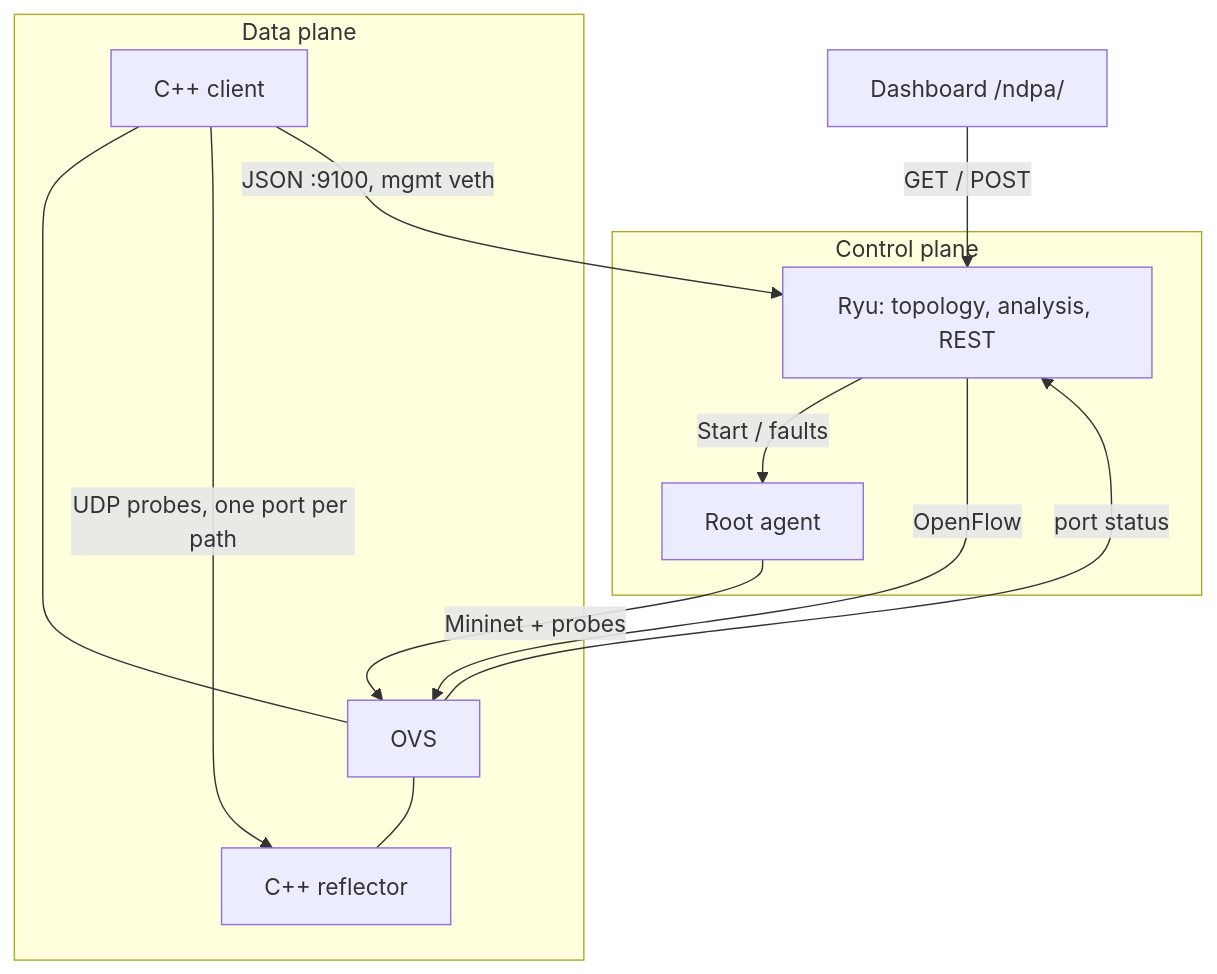
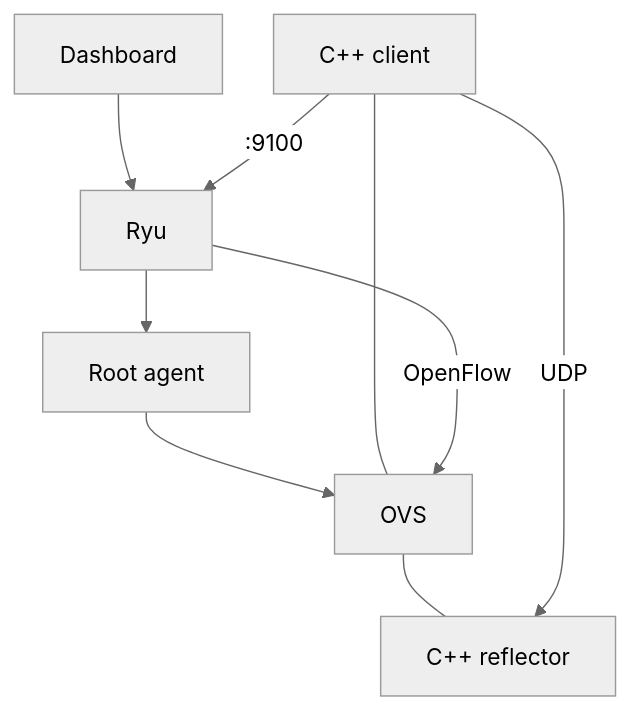
One commit to LonelyGuy-SE1/network-diagnostic-and-path-analysis changed the diagram in README.md. Above: the diagram before and after it, drawn with Mermaid. The commit also changed other lines of this file and 5 other files, not shown here.

First line of the commit message:
Show the drawn h4→h2 graph in README screenshots, not the default diamond.

````diff
--- a/README.md
+++ b/README.md
@@ -44,25 +44,18 @@
 ```mermaid
+%%{init: {"theme": "neutral", "flowchart": {"padding": 16, "nodeSpacing": 36, "rankSpacing": 44}}}%%
 flowchart TB
-    D["Dashboard /ndpa/"]
-
-    subgraph CP["Control plane"]
-        R["Ryu: topology, analysis, REST"]
-        A["Root agent"]
-        R -->|"Start / faults"| A
-    end
-
-    subgraph DP["Data plane"]
-        SRC["C++ client"]
-        SW["OVS"]
-        DST["C++ reflector"]
-        SRC --- SW
-        SW --- DST
-        SRC -->|"UDP probes, one port per path"| DST
-    end
-
-    D -->|"GET / POST"| R
-    A -->|"Mininet + probes"| SW
-    SRC -->|"JSON :9100, mgmt veth"| R
-    R -->|"OpenFlow"| SW
-    SW -->|"port status"| R
+    D[Dashboard]
+    R[Ryu]
+    A[Root agent]
+    C[C++ client]
+    S[OVS]
+    F[C++ reflector]
+    D --> R
+    R --> A
+    A --> S
+    C --- S
+    S --- F
+    C -->|UDP| F
+    C -->|:9100| R
+    R -->|OpenFlow| S
 ```
````
